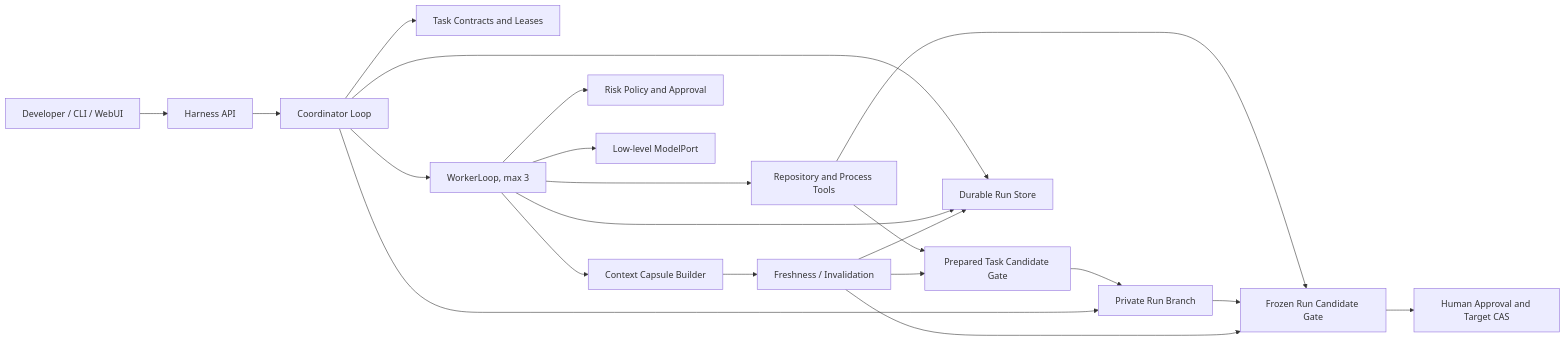
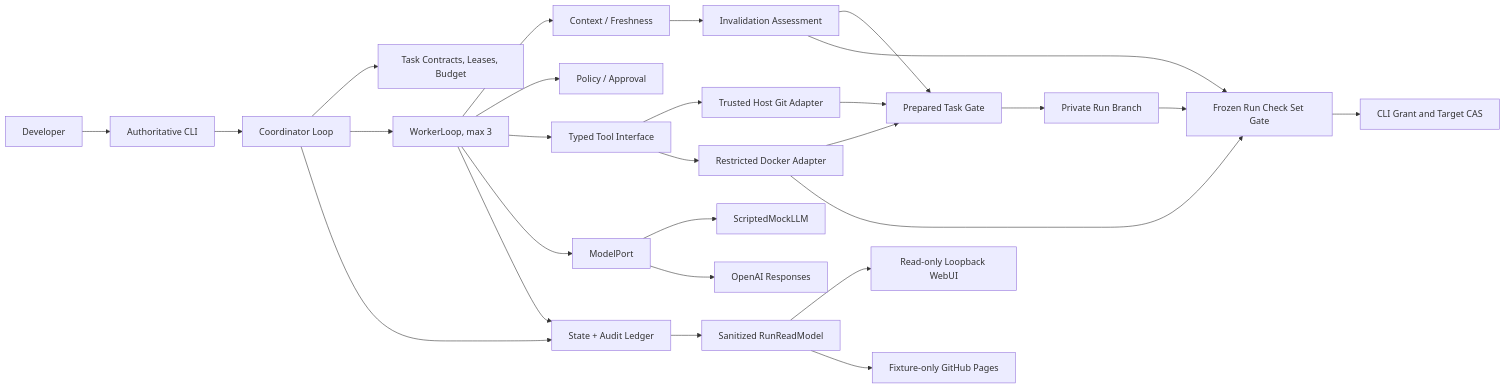
One commit to Ztscream/ApexCrew changed the diagram in docs/architecture/system-overview.md. Above: the diagram before and after it, drawn with Mermaid. The commit also changed other lines of this file and 12 other files, not shown here.

````diff
--- a/docs/architecture/system-overview.md
+++ b/docs/architecture/system-overview.md
@@ -9,23 +9,29 @@
 ```mermaid
 flowchart LR
-    USER["Developer / CLI / WebUI"] --> API["Harness API"]
-    API --> COORD["Coordinator Loop"]
-    COORD --> BOARD["Task Contracts and Leases"]
+    USER["Developer"] --> CLI["Authoritative CLI"]
+    CLI --> COORD["Coordinator Loop"]
+    COORD --> BOARD["Task Contracts, Leases, Budget"]
     COORD --> WORKER["WorkerLoop, max 3"]
-    WORKER --> CONTEXT["Context Capsule Builder"]
-    WORKER --> POLICY["Risk Policy and Approval"]
-    WORKER --> TOOLS["Repository and Process Tools"]
-    WORKER --> MODEL["Low-level ModelPort"]
-    TOOLS --> TASKGATE["Prepared Task Candidate Gate"]
-    TOOLS --> RUNGATE["Frozen Run Candidate Gate"]
+    WORKER --> CONTEXT["Context / Freshness"]
+    WORKER --> POLICY["Policy / Approval"]
+    WORKER --> TOOLS["Typed Tool Interface"]
+    WORKER --> MODEL["ModelPort"]
+    MODEL --> SCRIPTED["ScriptedMockLLM"]
+    MODEL --> OPENAI["OpenAI Responses"]
+    TOOLS --> HOSTGIT["Trusted Host Git Adapter"]
+    TOOLS --> DOCKER["Restricted Docker Adapter"]
+    HOSTGIT --> TASKGATE["Prepared Task Gate"]
+    DOCKER --> TASKGATE
     TASKGATE --> RUNREF["Private Run Branch"]
-    RUNREF --> RUNGATE
-    RUNGATE --> APPROVE["Human Approval and Target CAS"]
-    CONTEXT --> FRESH["Freshness / Invalidation"]
+    RUNREF --> RUNGATE["Frozen Run Check Set Gate"]
+    DOCKER --> RUNGATE
+    RUNGATE --> APPROVE["CLI Grant and Target CAS"]
+    CONTEXT --> FRESH["Invalidation Assessment"]
     FRESH --> TASKGATE
     FRESH --> RUNGATE
-    COORD --> STORE["Durable Run Store"]
-    COORD --> RUNREF
+    COORD --> STORE["State + Audit Ledger"]
     WORKER --> STORE
-    FRESH --> STORE
+    STORE --> READ["Sanitized RunReadModel"]
+    READ --> LOCAL["Read-only Loopback WebUI"]
+    READ --> PAGES["Fixture-only GitHub Pages"]
 ```
````
